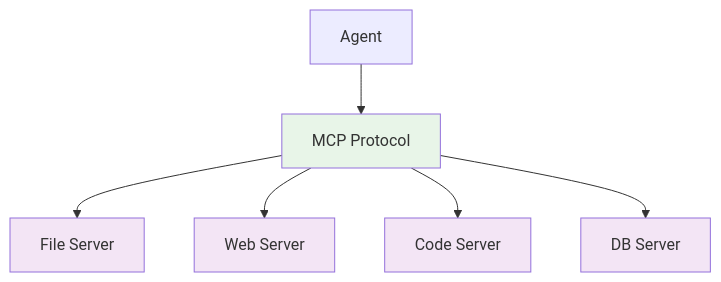
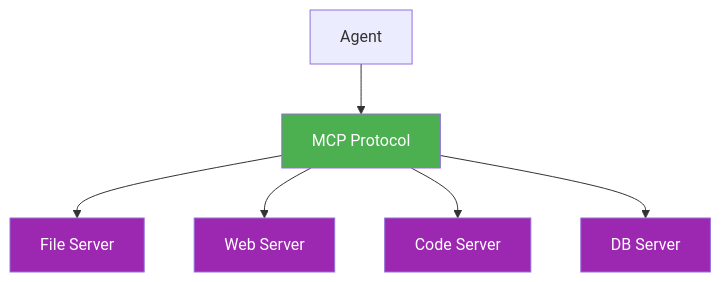
The eighth of 17 diagrams in docs-content/01_frameworks/Session1_ModuleD_Coding_Assistant_Case_Study.md (fwornle/agentic-ai-nano), drawn with Mermaid before and after one commit. The commit also changed other lines of this file, not shown here.

Commit message:
docs: review Option D, styling (mermaid)

````diff
--- a/docs-content/01_frameworks/Session1_ModuleD_Coding_Assistant_Case_Study.md
+++ b/docs-content/01_frameworks/Session1_ModuleD_Coding_Assistant_Case_Study.md
@@ -484,15 +484,15 @@
 ```mermaid
 graph TD
     A[Agent] --> MCP[MCP Protocol]
     
     MCP --> T1[File Server]
     MCP --> T2[Web Server]
     MCP --> T3[Code Server] 
     MCP --> T4[DB Server]
     
-    style MCP fill:#e8f5e8
-    style T1 fill:#f3e5f5
-    style T2 fill:#f3e5f5
-    style T3 fill:#f3e5f5
-    style T4 fill:#f3e5f5
+    style MCP fill:#4CAF50,color:#ffffff
+    style T1 fill:#9C27B0,color:#ffffff
+    style T2 fill:#9C27B0,color:#ffffff
+    style T3 fill:#9C27B0,color:#ffffff
+    style T4 fill:#9C27B0,color:#ffffff
 ```
````
